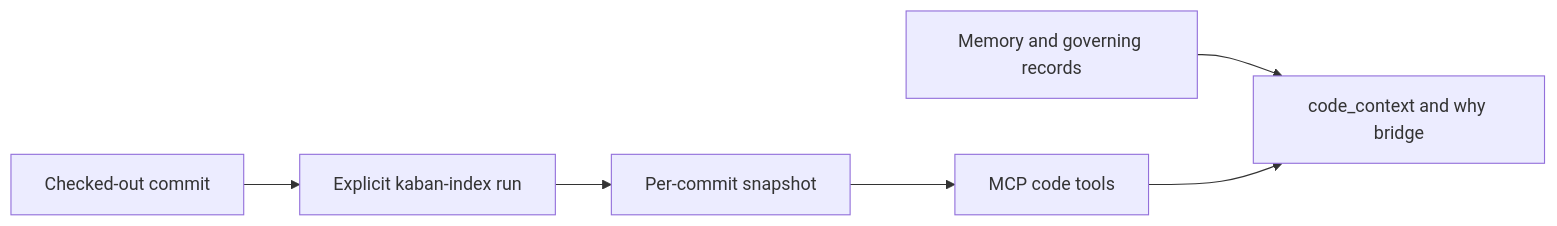
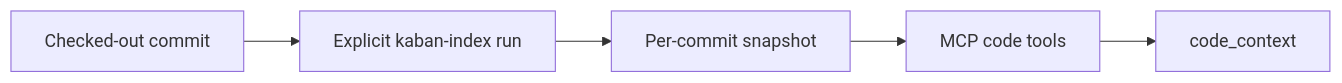
The diagram in docs/guides/code-graph.mdx (darkquasar/kaban), drawn with Mermaid before and after one commit. The commit also changed other lines of this file and 133 other files, not shown here.

````diff
--- a/docs/guides/code-graph.mdx
+++ b/docs/guides/code-graph.mdx
@@ -12,8 +12,7 @@
 ```mermaid
 flowchart LR
   R[Checked-out commit] --> I[Explicit kaban-index run]
   I --> S[Per-commit snapshot]
   S --> T[MCP code tools]
-  M[Memory and governing records] --> C[code_context and why bridge]
-  T --> C
+  T --> C[code_context]
 ```
````
